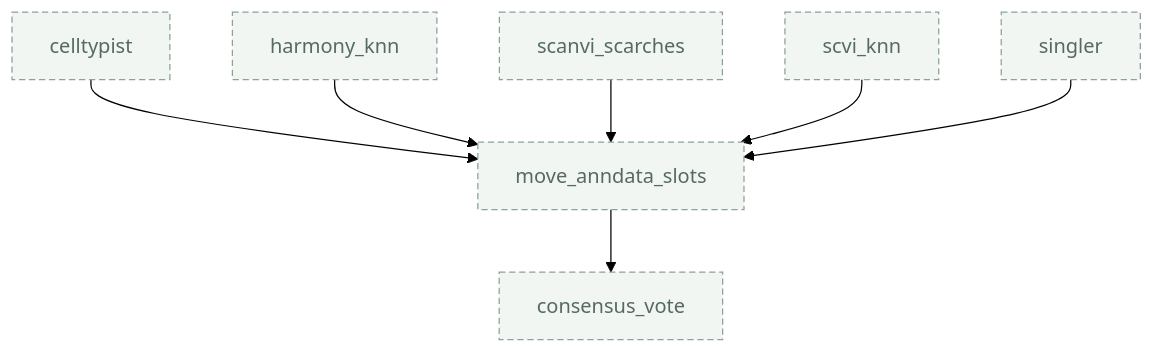
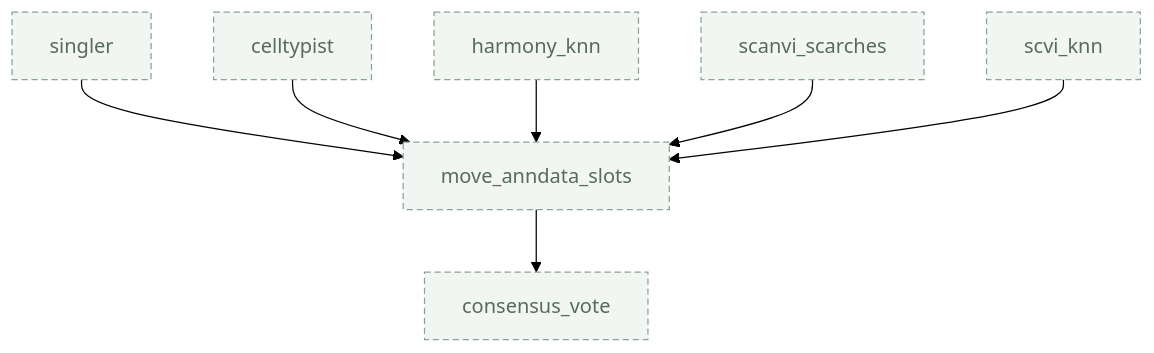
The diagram in reference/openpipeline_composed/v0.3.0/single_cell/parallel_annotation.qmd (openpipelines-bio/openpipeline_docs), drawn with Mermaid (forest theme) before and after one commit. The commit also changed 40 other files, not shown here.

````diff
--- a/reference/openpipeline_composed/v0.3.0/single_cell/parallel_annotation.qmd
+++ b/reference/openpipeline_composed/v0.3.0/single_cell/parallel_annotation.qmd
@@ -265,23 +265,23 @@
 ```{mermaid}
 flowchart TB
-    c_celltypist["celltypist"]
-    c_consensus_vote["consensus_vote"]
-    c_harmony_knn["harmony_knn"]
-    c_move_anndata_slots["move_anndata_slots"]
-    c_scanvi_scarches["scanvi_scarches"]
-    c_scvi_knn["scvi_knn"]
-    c_singler["singler"]
-    c_celltypist --> c_move_anndata_slots
-    c_harmony_knn --> c_move_anndata_slots
-    c_move_anndata_slots --> c_consensus_vote
-    c_scanvi_scarches --> c_move_anndata_slots
-    c_scvi_knn --> c_move_anndata_slots
-    c_singler --> c_move_anndata_slots
-    style c_celltypist fill:#f2f6f3,stroke:#8ba295,stroke-dasharray:5 3,color:#566b5f
-    style c_consensus_vote fill:#f2f6f3,stroke:#8ba295,stroke-dasharray:5 3,color:#566b5f
-    style c_harmony_knn fill:#f2f6f3,stroke:#8ba295,stroke-dasharray:5 3,color:#566b5f
-    style c_move_anndata_slots fill:#f2f6f3,stroke:#8ba295,stroke-dasharray:5 3,color:#566b5f
-    style c_scanvi_scarches fill:#f2f6f3,stroke:#8ba295,stroke-dasharray:5 3,color:#566b5f
-    style c_scvi_knn fill:#f2f6f3,stroke:#8ba295,stroke-dasharray:5 3,color:#566b5f
-    style c_singler fill:#f2f6f3,stroke:#8ba295,stroke-dasharray:5 3,color:#566b5f
+    c_annotate_consensus_vote["consensus_vote"]
+    c_annotate_singler["singler"]
+    c_dataflow_move_anndata_slots["move_anndata_slots"]
+    c_workflows_annotation_celltypist["celltypist"]
+    c_workflows_annotation_harmony_knn["harmony_knn"]
+    c_workflows_annotation_scanvi_scarches["scanvi_scarches"]
+    c_workflows_annotation_scvi_knn["scvi_knn"]
+    c_annotate_singler --> c_dataflow_move_anndata_slots
+    c_dataflow_move_anndata_slots --> c_annotate_consensus_vote
+    c_workflows_annotation_celltypist --> c_dataflow_move_anndata_slots
+    c_workflows_annotation_harmony_knn --> c_dataflow_move_anndata_slots
+    c_workflows_annotation_scanvi_scarches --> c_dataflow_move_anndata_slots
+    c_workflows_annotation_scvi_knn --> c_dataflow_move_anndata_slots
+    style c_annotate_consensus_vote fill:#f2f6f3,stroke:#8ba295,stroke-dasharray:5 3,color:#566b5f
+    style c_annotate_singler fill:#f2f6f3,stroke:#8ba295,stroke-dasharray:5 3,color:#566b5f
+    style c_dataflow_move_anndata_slots fill:#f2f6f3,stroke:#8ba295,stroke-dasharray:5 3,color:#566b5f
+    style c_workflows_annotation_celltypist fill:#f2f6f3,stroke:#8ba295,stroke-dasharray:5 3,color:#566b5f
+    style c_workflows_annotation_harmony_knn fill:#f2f6f3,stroke:#8ba295,stroke-dasharray:5 3,color:#566b5f
+    style c_workflows_annotation_scanvi_scarches fill:#f2f6f3,stroke:#8ba295,stroke-dasharray:5 3,color:#566b5f
+    style c_workflows_annotation_scvi_knn fill:#f2f6f3,stroke:#8ba295,stroke-dasharray:5 3,color:#566b5f
 ```
````
